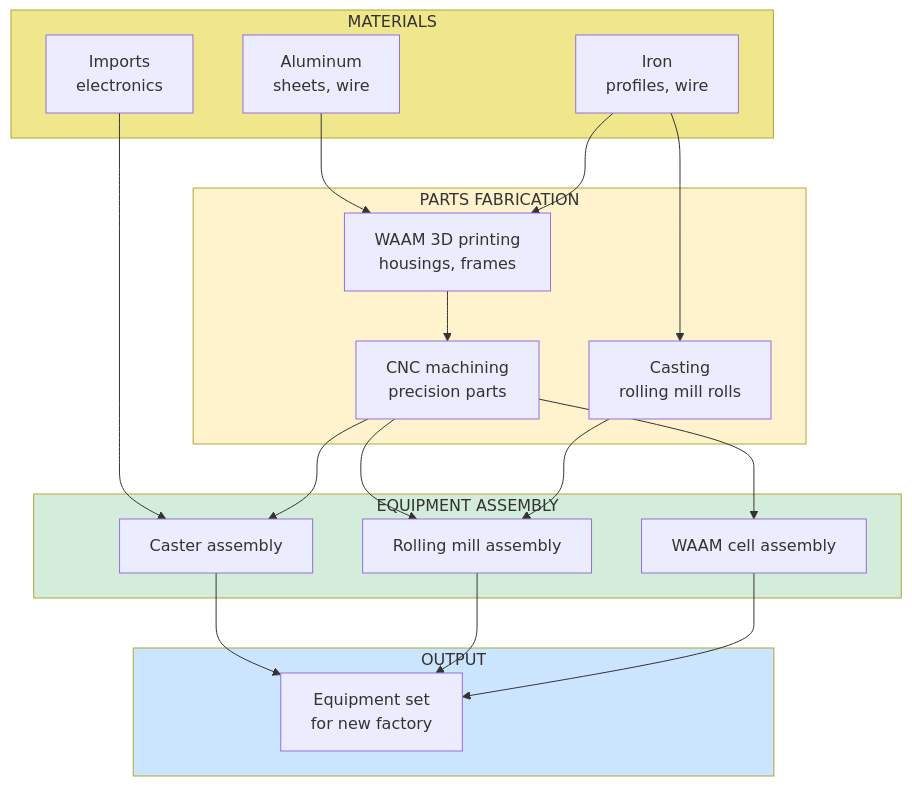
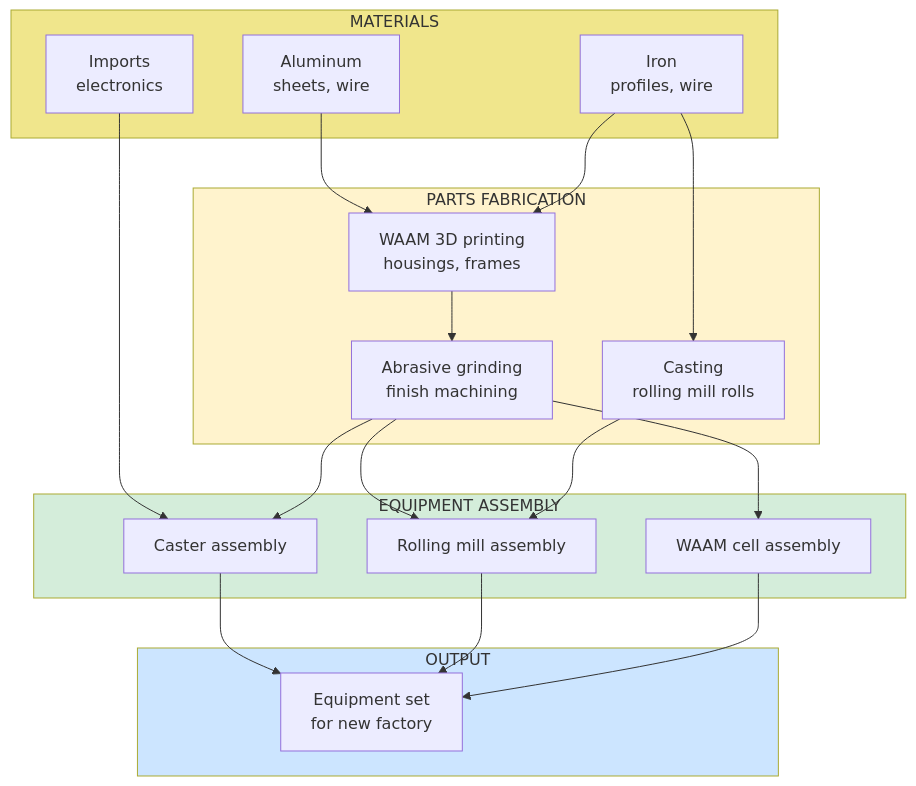
The diagram in en/science/detailed/production/factories/assembly/equipment.qmd (DmitryNasikanov/infinite-energy), drawn with Mermaid before and after one commit. The commit also changed other lines of this file and 39 other files, not shown here.

````diff
--- a/en/science/detailed/production/factories/assembly/equipment.qmd
+++ b/en/science/detailed/production/factories/assembly/equipment.qmd
@@ -39,42 +39,42 @@
 ```{mermaid}
 flowchart TD
     subgraph INPUT["MATERIALS"]
         AL["Aluminum<br/>sheets, wire"]
         FE["Iron<br/>profiles, wire"]
         IMPORT["Imports<br/>electronics"]
     end
 
     subgraph FABRICATION["PARTS FABRICATION"]
         WAAM["WAAM 3D printing<br/>housings, frames"]
-        CNC["CNC machining<br/>precision parts"]
+        GRIND["Abrasive grinding<br/>finish machining"]
         CASTING["Casting<br/>rolling mill rolls"]
     end
 
     subgraph ASSEMBLY["EQUIPMENT ASSEMBLY"]
         MNLZ_ASM["Caster assembly"]
         MILL_ASM["Rolling mill assembly"]
         ROBOT_ASM["WAAM cell assembly"]
     end
 
     subgraph OUTPUT["OUTPUT"]
         EQUIPMENT["Equipment set<br/>for new factory"]
     end
 
     AL --> WAAM
     FE --> WAAM
     FE --> CASTING
     IMPORT --> MNLZ_ASM
-    WAAM --> CNC
-    CNC --> MNLZ_ASM
-    CNC --> MILL_ASM
-    CNC --> ROBOT_ASM
+    WAAM --> GRIND
+    GRIND --> MNLZ_ASM
+    GRIND --> MILL_ASM
+    GRIND --> ROBOT_ASM
     CASTING --> MILL_ASM
     MNLZ_ASM --> EQUIPMENT
     MILL_ASM --> EQUIPMENT
     ROBOT_ASM --> EQUIPMENT
 
     style INPUT fill:#f0e68c
     style FABRICATION fill:#fff3cd
     style ASSEMBLY fill:#d4edda
     style OUTPUT fill:#cce5ff
 ```
````
